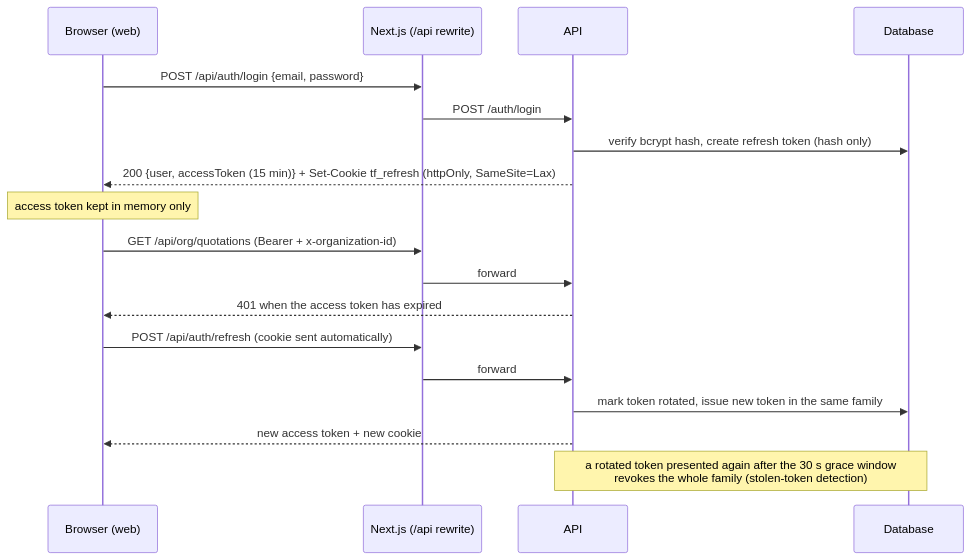
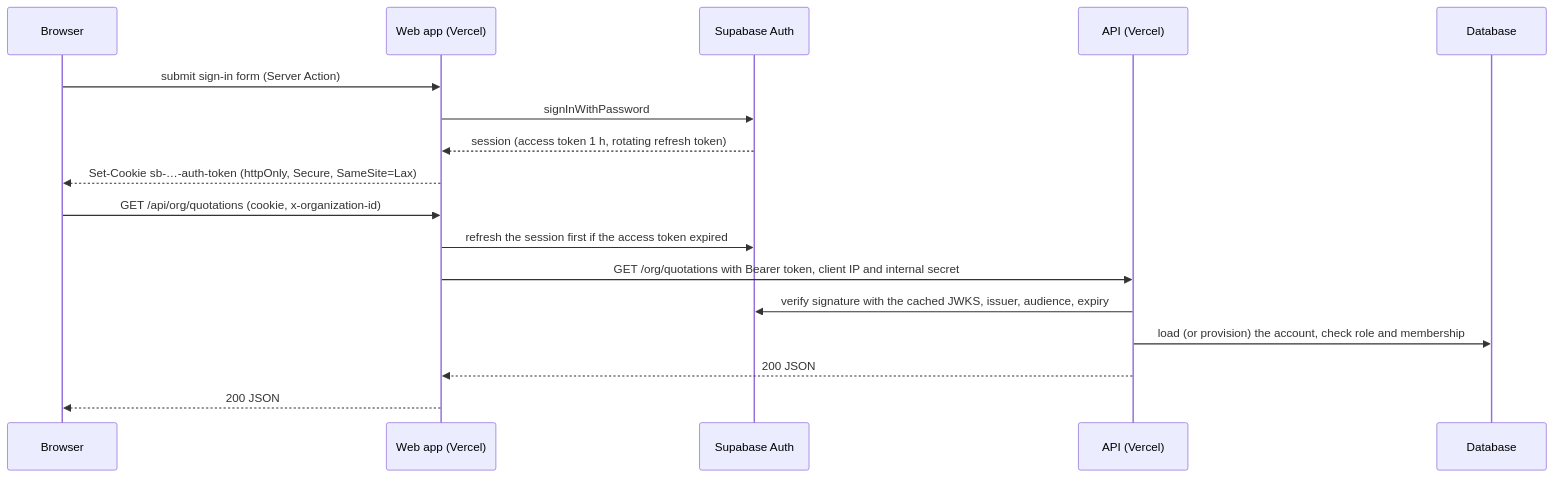
Before and after one commit to fasharif/topflow: the sixth of 6 diagrams in docs/ARCHITECTURE.md, drawn with Mermaid. The commit also changed other lines of this file and 4 other files, not shown here.

````diff
--- a/docs/ARCHITECTURE.md
+++ b/docs/ARCHITECTURE.md
@@ -121,21 +154,20 @@
 ```mermaid
 sequenceDiagram
-  participant B as Browser (web)
-  participant N as Next.js (/api rewrite)
-  participant A as API
+  participant B as Browser
+  participant W as Web app (Vercel)
+  participant S as Supabase Auth
+  participant A as API (Vercel)
   participant D as Database
 
-  B->>N: POST /api/auth/login {email, password}
-  N->>A: POST /auth/login
-  A->>D: verify bcrypt hash, create refresh token (hash only)
-  A-->>B: 200 {user, accessToken (15 min)} + Set-Cookie tf_refresh (httpOnly, SameSite=Lax)
-  Note over B: access token kept in memory only
-  B->>N: GET /api/org/quotations (Bearer + x-organization-id)
-  N->>A: forward
-  A-->>B: 401 when the access token has expired
-  B->>N: POST /api/auth/refresh (cookie sent automatically)
-  N->>A: forward
-  A->>D: mark token rotated, issue new token in the same family
-  A-->>B: new access token + new cookie
-  Note over A,D: a rotated token presented again after the 30 s grace window<br/>revokes the whole family (stolen-token detection)
+  B->>W: submit sign-in form (Server Action)
+  W->>S: signInWithPassword
+  S-->>W: session (access token 1 h, rotating refresh token)
+  W-->>B: Set-Cookie sb-…-auth-token (httpOnly, Secure, SameSite=Lax)
+  B->>W: GET /api/org/quotations (cookie, x-organization-id)
+  W->>S: refresh the session first if the access token expired
+  W->>A: GET /org/quotations with Bearer token, client IP and internal secret
+  A->>S: verify signature with the cached JWKS, issuer, audience, expiry
+  A->>D: load (or provision) the account, check role and membership
+  A-->>W: 200 JSON
+  W-->>B: 200 JSON
 ```
````
